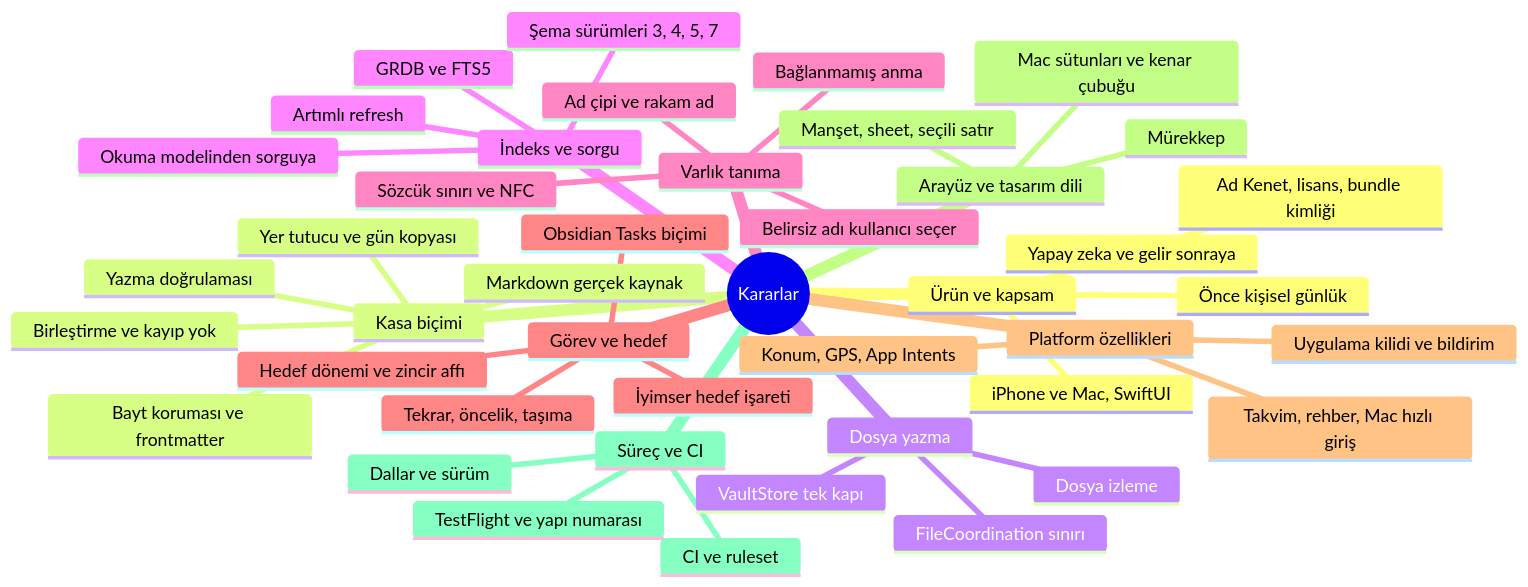
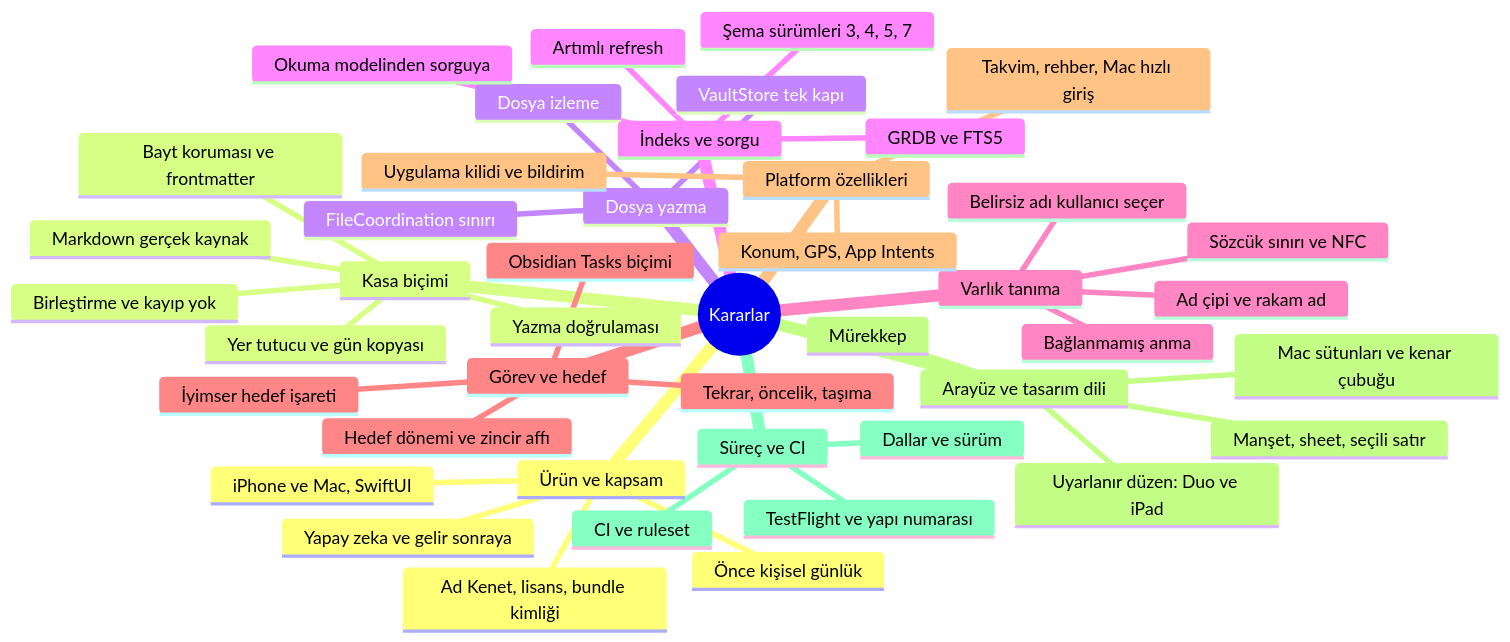
The second of 3 diagrams in docs/decisions.md (dogancanyildiz/kenet), drawn with Mermaid before and after one commit. The commit also changed other lines of this file and 1 other file, not shown here.

Commit message:
docs: dalga 11 kararları, Aşama 13 Uyarlanır düzen, Aşama 10 kapandı (#231)

````diff
--- a/docs/decisions.md
+++ b/docs/decisions.md
@@ -29,46 +29,47 @@
 ```mermaid
 mindmap
   root((Kararlar))
     Ürün ve kapsam
       Önce kişisel günlük
       iPhone ve Mac, SwiftUI
       Ad Kenet, lisans, bundle kimliği
       Yapay zeka ve gelir sonraya
     Kasa biçimi
       Markdown gerçek kaynak
       Bayt koruması ve frontmatter
       Yazma doğrulaması
       Birleştirme ve kayıp yok
       Yer tutucu ve gün kopyası
     Dosya yazma
       VaultStore tek kapı
       FileCoordination sınırı
       Dosya izleme
     İndeks ve sorgu
       GRDB ve FTS5
       Artımlı refresh
       Şema sürümleri 3, 4, 5, 7
       Okuma modelinden sorguya
     Varlık tanıma
       Sözcük sınırı ve NFC
       Belirsiz adı kullanıcı seçer
       Ad çipi ve rakam ad
       Bağlanmamış anma
     Görev ve hedef
       Obsidian Tasks biçimi
       Tekrar, öncelik, taşıma
       Hedef dönemi ve zincir affı
       İyimser hedef işareti
     Platform özellikleri
       Uygulama kilidi ve bildirim
       Konum, GPS, App Intents
       Takvim, rehber, Mac hızlı giriş
     Arayüz ve tasarım dili
       Mürekkep
       Manşet, sheet, seçili satır
       Mac sütunları ve kenar çubuğu
+      Uyarlanır düzen: Duo ve iPad
     Süreç ve CI
       Dallar ve sürüm
       CI ve ruleset
       TestFlight ve yapı numarası
 ```
````
